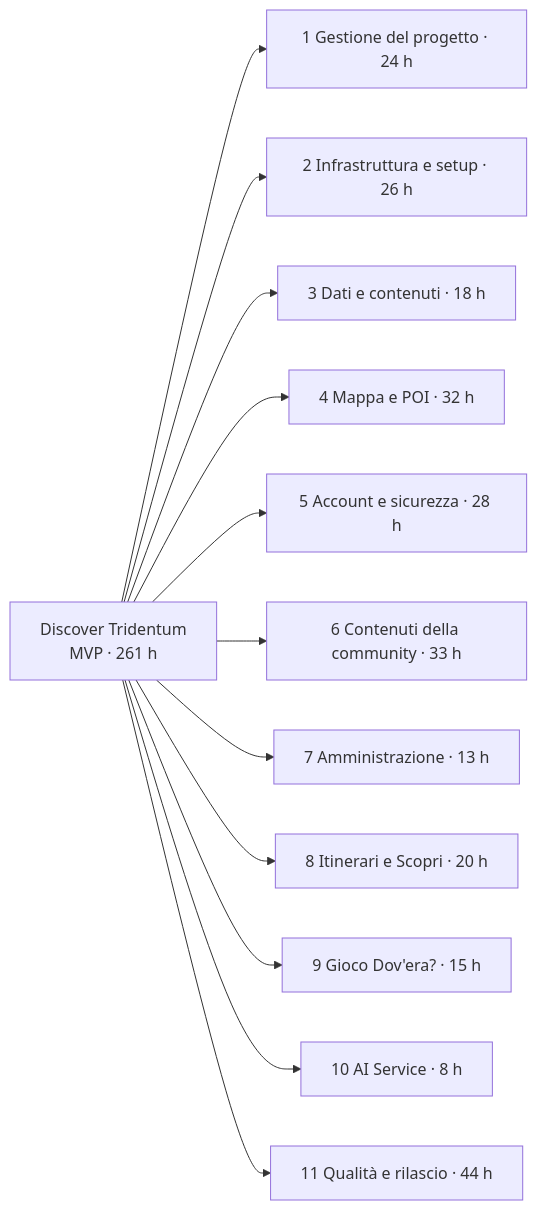
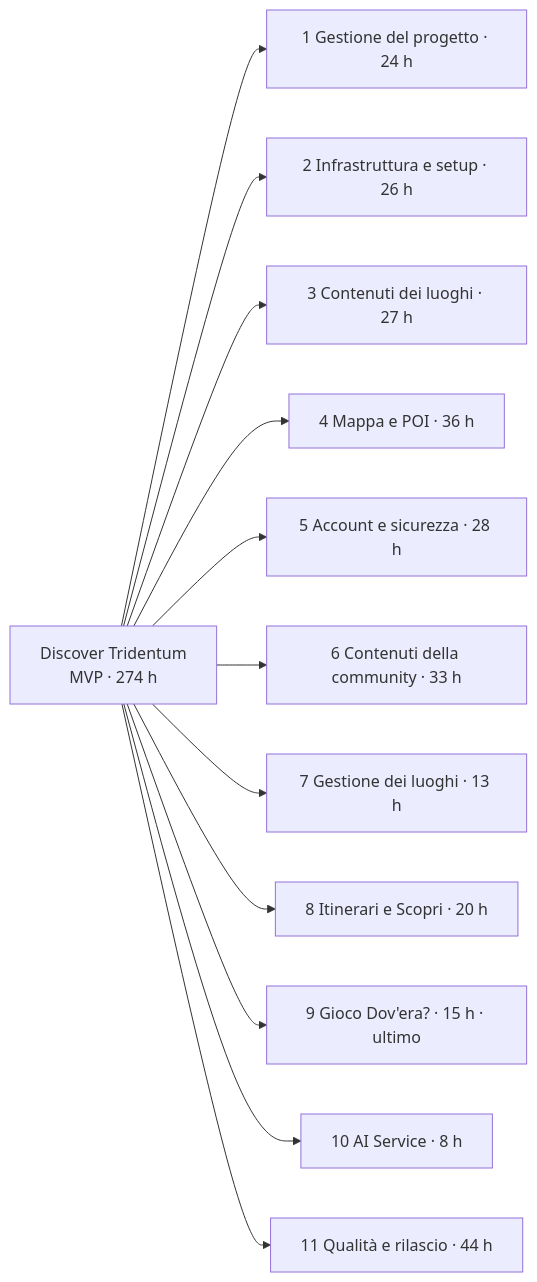
Before and after one commit to bulla06/Ing-software-prog-discover-tridentum.: the first of 4 diagrams in docs/fase-4-pianificazione.md, drawn with Mermaid. The commit also changed other lines of this file and 3 other files, not shown here.

First line of the commit message:
Fase 4 v0.2: priorità ai luoghi, gioco per ultimo

````diff
--- a/docs/fase-4-pianificazione.md
+++ b/docs/fase-4-pianificazione.md
@@ -109,15 +127,15 @@
 ```mermaid
 flowchart LR
-    W["Discover Tridentum<br/>MVP · 261 h"]
+    W["Discover Tridentum<br/>MVP · 274 h"]
     W --> W1["1 Gestione del progetto · 24 h"]
     W --> W2["2 Infrastruttura e setup · 26 h"]
-    W --> W3["3 Dati e contenuti · 18 h"]
-    W --> W4["4 Mappa e POI · 32 h"]
+    W --> W3["3 Contenuti dei luoghi · 27 h"]
+    W --> W4["4 Mappa e POI · 36 h"]
     W --> W5["5 Account e sicurezza · 28 h"]
     W --> W6["6 Contenuti della community · 33 h"]
-    W --> W7["7 Amministrazione · 13 h"]
+    W --> W7["7 Gestione dei luoghi · 13 h"]
     W --> W8["8 Itinerari e Scopri · 20 h"]
-    W --> W9["9 Gioco Dov'era? · 15 h"]
+    W --> W9["9 Gioco Dov'era? · 15 h · ultimo"]
     W --> W10["10 AI Service · 8 h"]
     W --> W11["11 Qualità e rilascio · 44 h"]
 ```
````
